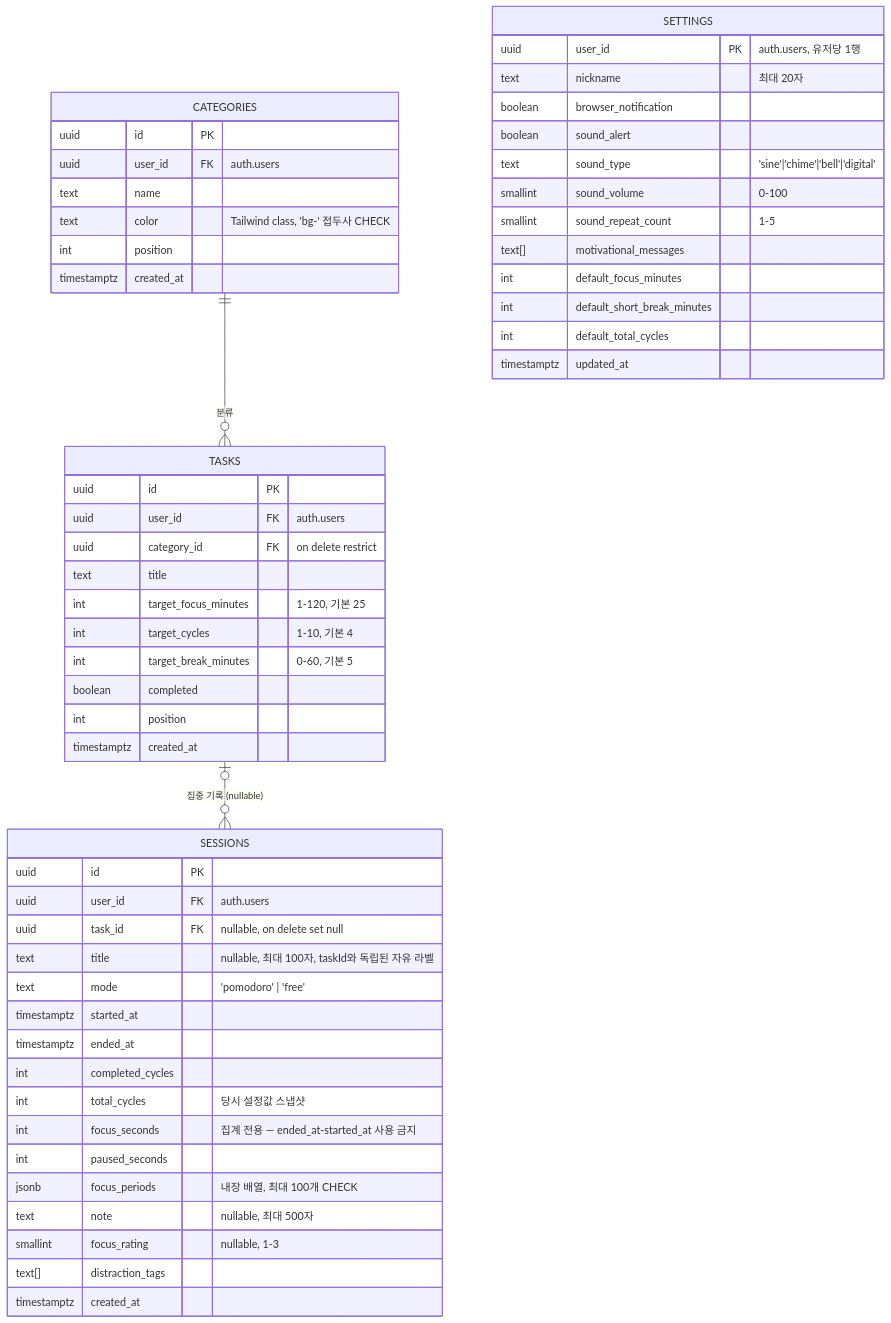
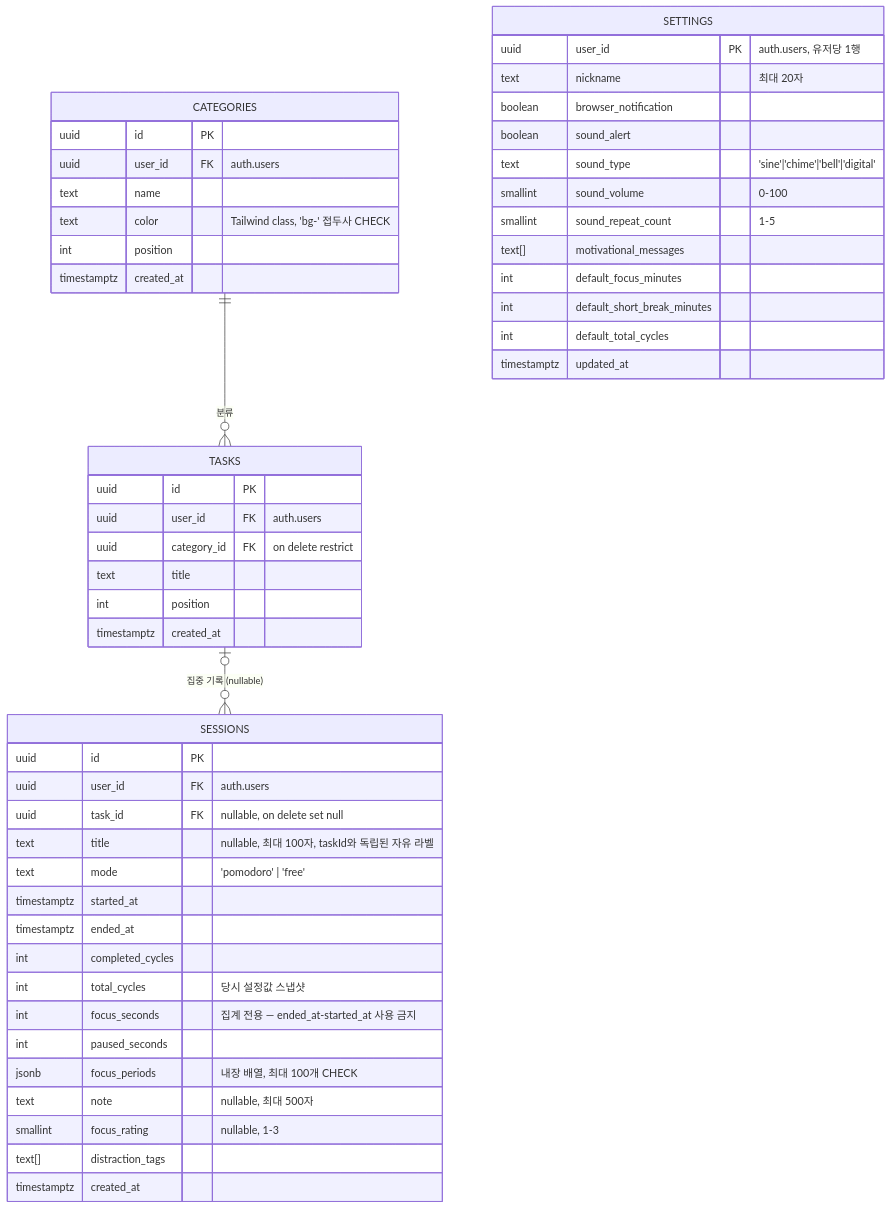
Before and after one commit to aaaz425/pomodash: the diagram in docs/specs/ERD.md, drawn with Mermaid. The commit also changed 29 other files, not shown here.

````diff
--- a/docs/specs/ERD.md
+++ b/docs/specs/ERD.md
@@ -9,61 +9,57 @@
 ```mermaid
 erDiagram
     CATEGORIES {
         uuid id PK
         uuid user_id FK "auth.users"
         text name
         text color "Tailwind class, 'bg-' 접두사 CHECK"
         int position
         timestamptz created_at
     }
 
     TASKS {
         uuid id PK
         uuid user_id FK "auth.users"
         uuid category_id FK "on delete restrict"
         text title
-        int target_focus_minutes "1-120, 기본 25"
-        int target_cycles "1-10, 기본 4"
-        int target_break_minutes "0-60, 기본 5"
-        boolean completed
         int position
         timestamptz created_at
     }
 
     SESSIONS {
         uuid id PK
         uuid user_id FK "auth.users"
         uuid task_id FK "nullable, on delete set null"
         text title "nullable, 최대 100자, taskId와 독립된 자유 라벨"
         text mode "'pomodoro' | 'free'"
         timestamptz started_at
         timestamptz ended_at
         int completed_cycles
         int total_cycles "당시 설정값 스냅샷"
         int focus_seconds "집계 전용 — ended_at-started_at 사용 금지"
         int paused_seconds
         jsonb focus_periods "내장 배열, 최대 100개 CHECK"
         text note "nullable, 최대 500자"
         smallint focus_rating "nullable, 1-3"
         text[] distraction_tags
         timestamptz created_at
     }
 
     SETTINGS {
         uuid user_id PK "auth.users, 유저당 1행"
         text nickname "최대 20자"
         boolean browser_notification
         boolean sound_alert
         text sound_type "'sine'|'chime'|'bell'|'digital'"
         smallint sound_volume "0-100"
         smallint sound_repeat_count "1-5"
         text[] motivational_messages
         int default_focus_minutes
         int default_short_break_minutes
         int default_total_cycles
         timestamptz updated_at
     }
 
     CATEGORIES ||--o{ TASKS : "분류"
     TASKS |o--o{ SESSIONS : "집중 기록 (nullable)"
 ```
````
